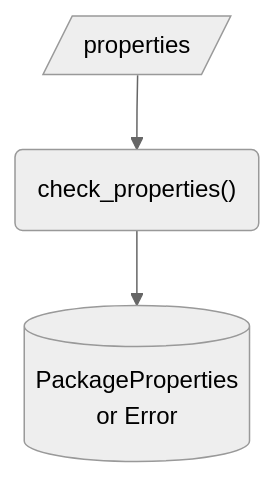
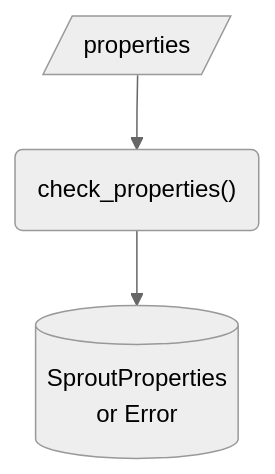
Before and after one commit to seedcase-project/seedcase-sprout: the ninth of 13 diagrams in docs/design/interface/functions.qmd, drawn with Mermaid (neutral theme). The commit also changed other lines of this file and 23 other files, not shown here.

````diff
--- a/docs/design/interface/functions.qmd
+++ b/docs/design/interface/functions.qmd
@@ -222,8 +222,8 @@
 ```{mermaid}
 flowchart
     in_properties[/properties/]
     function("check_properties()")
-    out[("PackageProperties<br>or Error")]
+    out[("SproutProperties<br>or Error")]
     in_properties --> function
     function --> out
 ```
````
